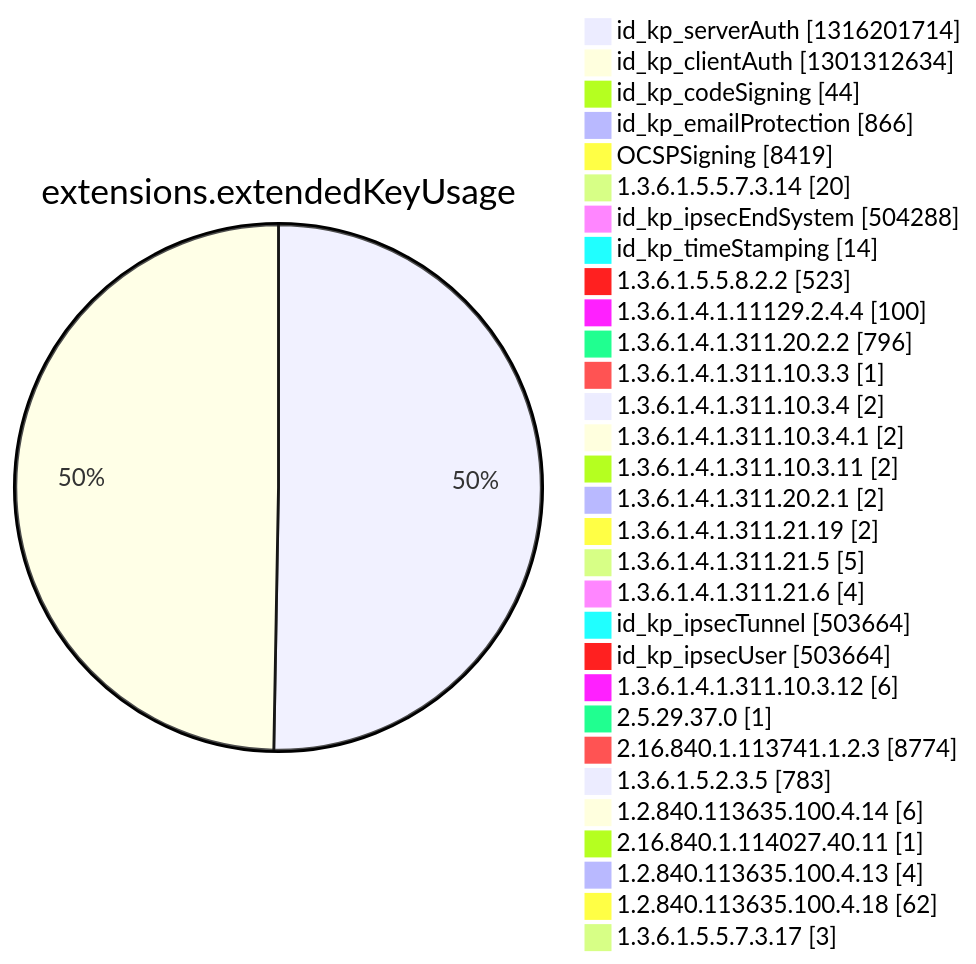
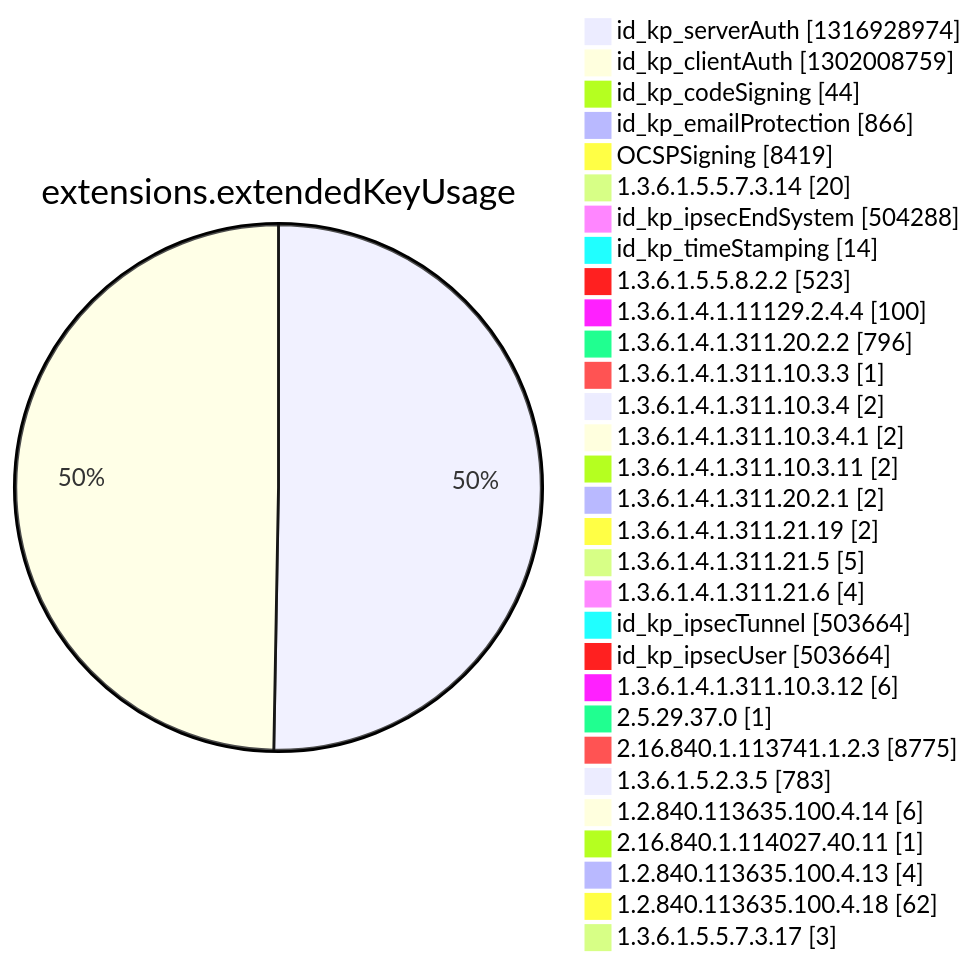
Diagram 12 of 15 in argon2022/README.md (christiankrug/ctmonitor_visualization), drawn with Mermaid before and after one commit. The commit also changed other lines of this file, not shown here.

````diff
--- a/argon2022/README.md
+++ b/argon2022/README.md
@@ -3552,34 +3552,34 @@
 ```mermaid
 pie showData
 title extensions.extendedKeyUsage
-"id_kp_serverAuth" :1316201714
-"id_kp_clientAuth" :1301312634
+"id_kp_serverAuth" :1316928974
+"id_kp_clientAuth" :1302008759
 "id_kp_codeSigning" :44
 "id_kp_emailProtection" :866
 "OCSPSigning" :8419
 "1.3.6.1.5.5.7.3.14" :20
 "id_kp_ipsecEndSystem" :504288
 "id_kp_timeStamping" :14
 "1.3.6.1.5.5.8.2.2" :523
 "1.3.6.1.4.1.11129.2.4.4" :100
 "1.3.6.1.4.1.311.20.2.2" :796
 "1.3.6.1.4.1.311.10.3.3" :1
 "1.3.6.1.4.1.311.10.3.4" :2
 "1.3.6.1.4.1.311.10.3.4.1" :2
 "1.3.6.1.4.1.311.10.3.11" :2
 "1.3.6.1.4.1.311.20.2.1" :2
 "1.3.6.1.4.1.311.21.19" :2
 "1.3.6.1.4.1.311.21.5" :5
 "1.3.6.1.4.1.311.21.6" :4
 "id_kp_ipsecTunnel" :503664
 "id_kp_ipsecUser" :503664
 "1.3.6.1.4.1.311.10.3.12" :6
 "2.5.29.37.0" :1
-"2.16.840.1.113741.1.2.3" :8774
+"2.16.840.1.113741.1.2.3" :8775
 "1.3.6.1.5.2.3.5" :783
 "1.2.840.113635.100.4.14" :6
 "2.16.840.1.114027.40.11" :1
 "1.2.840.113635.100.4.13" :4
 "1.2.840.113635.100.4.18" :62
 "1.3.6.1.5.5.7.3.17" :3
 ```
````
